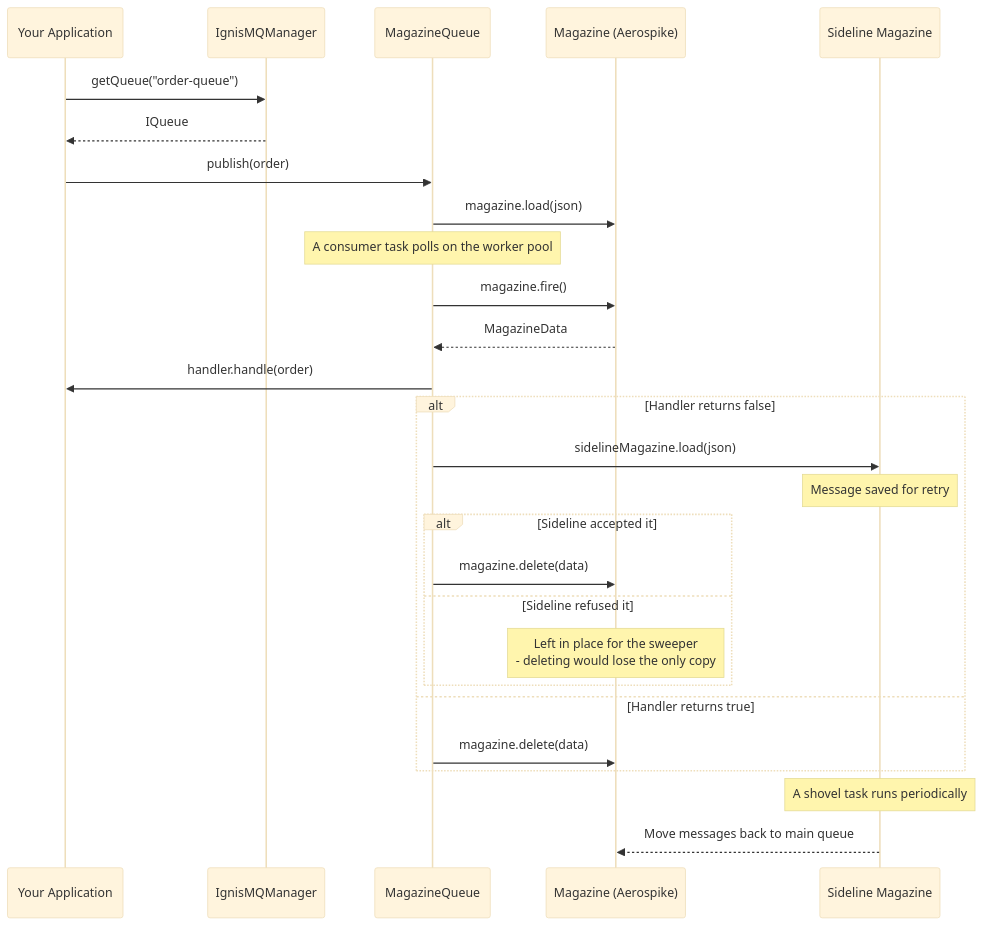
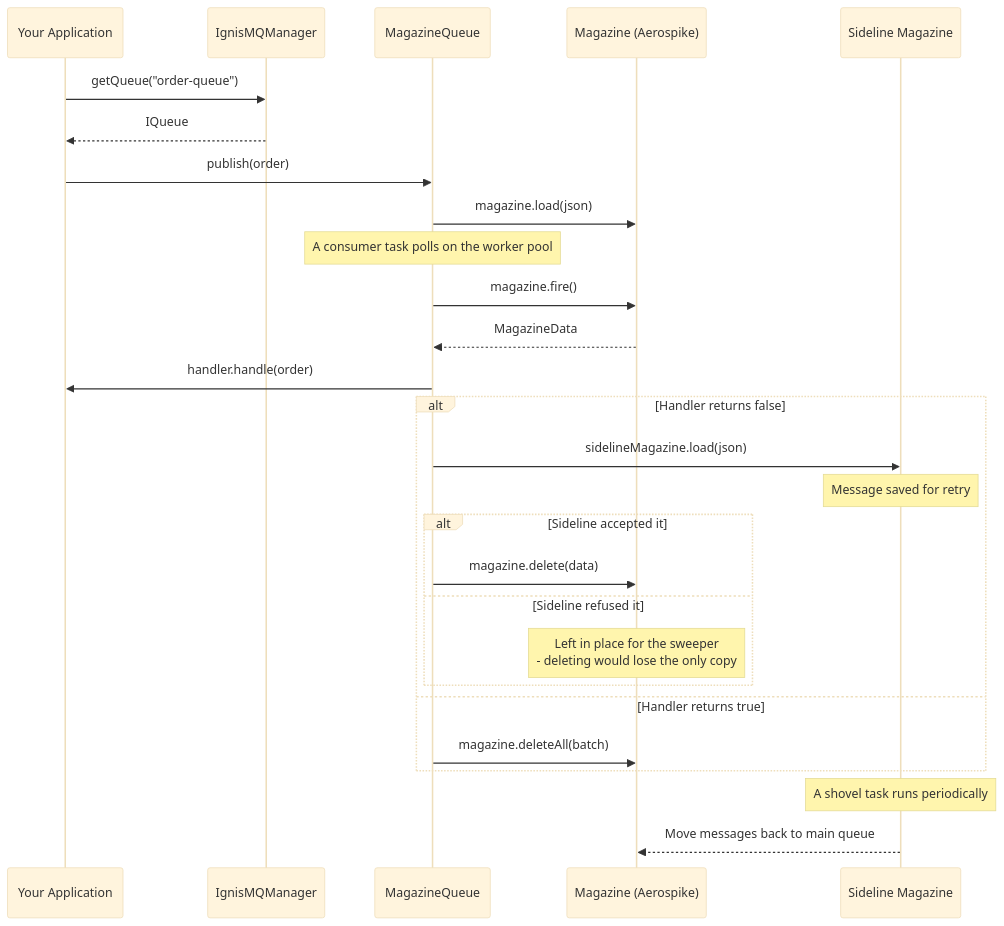
One commit to PhonePe/IgnisMQ changed the first of 3 diagrams in docs/docs/index.md. Above: the diagram before and after it, drawn with Mermaid (base theme). The commit also changed other lines of this file and 14 other files, not shown here.

Commit message:
Moved to magazine deleteAll + Refactoring

````diff
--- a/docs/docs/index.md
+++ b/docs/docs/index.md
@@ -45,34 +45,34 @@
 ```mermaid
 sequenceDiagram
     participant App as Your Application
     participant MQ as IgnisMQManager
     participant Q as MagazineQueue
     participant M as Magazine (Aerospike)
     participant S as Sideline Magazine
     
     App->>MQ: getQueue("order-queue")
     MQ-->>App: IQueue
     App->>Q: publish(order)
     Q->>M: magazine.load(json)
     
     Note over Q: A consumer task polls on the worker pool
     
     Q->>M: magazine.fire()
     M-->>Q: MagazineData
     Q->>App: handler.handle(order)
     
     alt Handler returns false
         Q->>S: sidelineMagazine.load(json)
         Note over S: Message saved for retry
         alt Sideline accepted it
             Q->>M: magazine.delete(data)
         else Sideline refused it
             Note over M: Left in place for the sweeper<br/>- deleting would lose the only copy
         end
     else Handler returns true
-        Q->>M: magazine.delete(data)
+        Q->>M: magazine.deleteAll(batch)
     end
     
     Note over S: A shovel task runs periodically
     S-->>M: Move messages back to main queue
 ```
````
